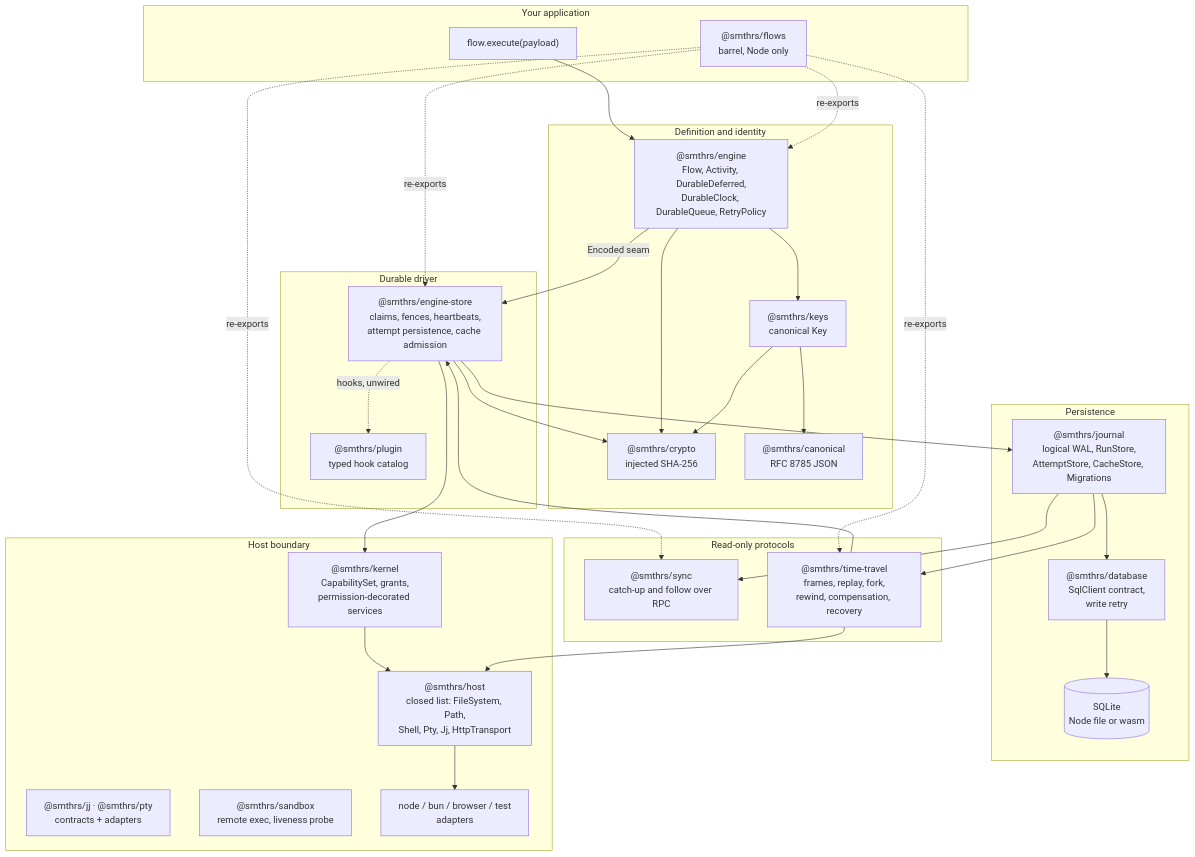
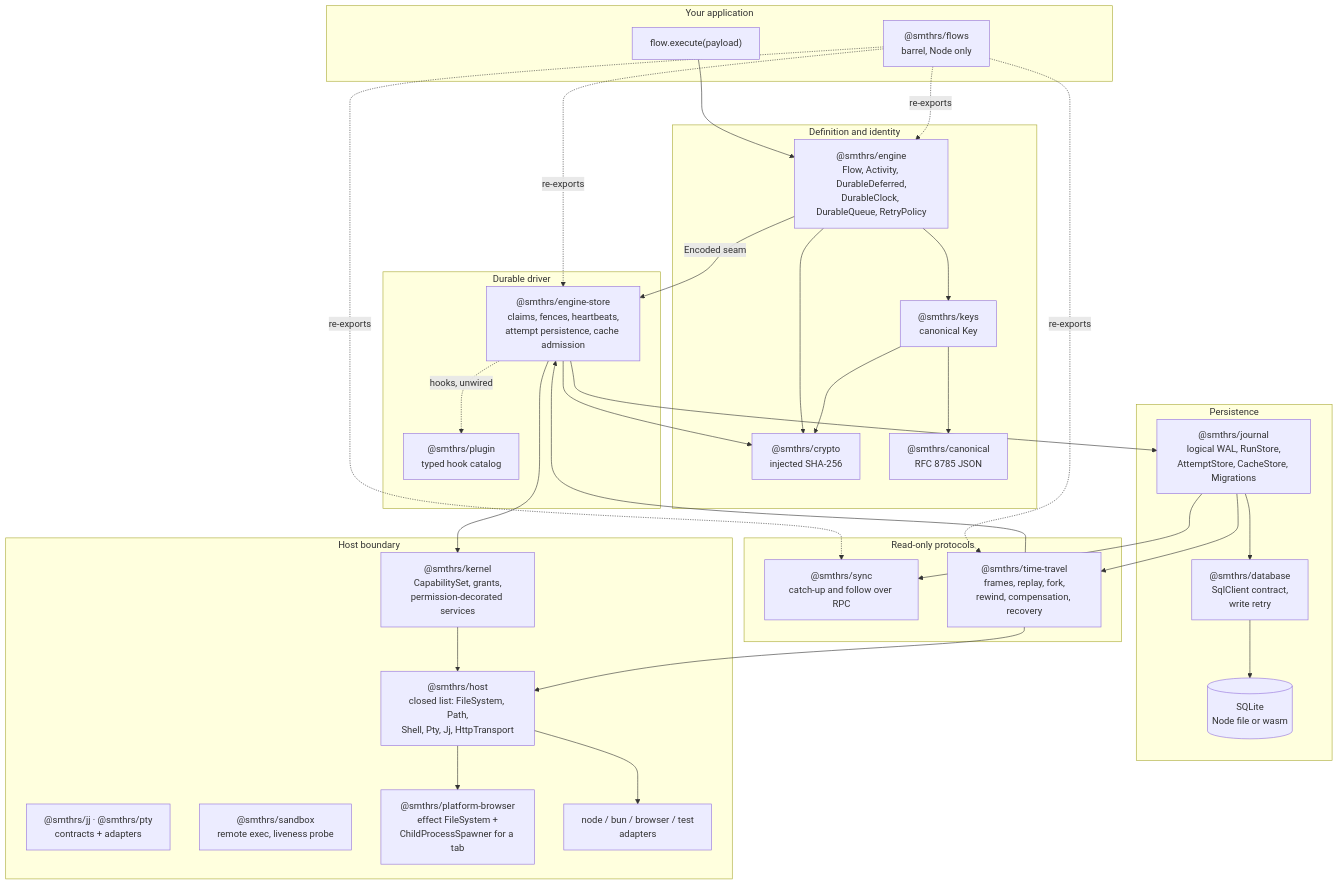
One commit to smithersai/flows changed the first of 2 diagrams in docs/pages/architecture.md. Above: the diagram before and after it, drawn with Mermaid. The commit also changed other lines of this file and 14 other files, not shown here.

Commit message:
📝 docs: add platform-browser to the package pages

````diff
--- a/docs/pages/architecture.md
+++ b/docs/pages/architecture.md
@@ -7,61 +7,63 @@
 ```mermaid
 flowchart TB
   subgraph app["Your application"]
     CALL["flow.execute(payload)"]
     BARREL["@smthrs/flows<br/>barrel, Node only"]
   end
 
   subgraph define["Definition and identity"]
     ENGINE["@smthrs/engine<br/>Flow, Activity, DurableDeferred,<br/>DurableClock, DurableQueue, RetryPolicy"]
     KEYS["@smthrs/keys<br/>canonical Key"]
     CRYPTO["@smthrs/crypto<br/>injected SHA-256"]
     CANONICAL["@smthrs/canonical<br/>RFC 8785 JSON"]
   end
 
   subgraph drive["Durable driver"]
     STORE["@smthrs/engine-store<br/>claims, fences, heartbeats,<br/>attempt persistence, cache admission"]
     PLUGIN["@smthrs/plugin<br/>typed hook catalog"]
   end
 
   subgraph persist["Persistence"]
     JOURNAL["@smthrs/journal<br/>logical WAL, RunStore,<br/>AttemptStore, CacheStore, Migrations"]
     DB["@smthrs/database<br/>SqlClient contract,<br/>write retry"]
     SQL[("SQLite<br/>Node file or wasm")]
   end
 
   subgraph guard["Host boundary"]
     KERNEL["@smthrs/kernel<br/>CapabilitySet, grants,<br/>permission-decorated services"]
     HOST["@smthrs/host<br/>closed list: FileSystem, Path,<br/>Shell, Pty, Jj, HttpTransport"]
     JJPTY["@smthrs/jj · @smthrs/pty<br/>contracts + adapters"]
     SANDBOX["@smthrs/sandbox<br/>remote exec, liveness probe"]
+    PB["@smthrs/platform-browser<br/>effect FileSystem +<br/>ChildProcessSpawner for a tab"]
     ADAPTERS["node / bun / browser / test<br/>adapters"]
   end
 
   subgraph read["Read-only protocols"]
     SYNC["@smthrs/sync<br/>catch-up and follow over RPC"]
     TT["@smthrs/time-travel<br/>frames, replay, fork,<br/>rewind, compensation, recovery"]
   end
 
   CALL --> ENGINE
   BARREL -.re-exports.-> ENGINE
   BARREL -.re-exports.-> STORE
   BARREL -.re-exports.-> SYNC
   BARREL -.re-exports.-> TT
   ENGINE --> KEYS
   ENGINE --> CRYPTO
   KEYS --> CANONICAL
   KEYS --> CRYPTO
   ENGINE -->|Encoded seam| STORE
   STORE --> JOURNAL
   STORE --> CRYPTO
   STORE --> KERNEL
   STORE -.hooks, unwired.-> PLUGIN
   JOURNAL --> DB
   DB --> SQL
   KERNEL --> HOST
   HOST --> ADAPTERS
+  HOST --> PB
   JOURNAL --> SYNC
   JOURNAL --> TT
   TT --> STORE
   TT --> HOST
 ```
````
